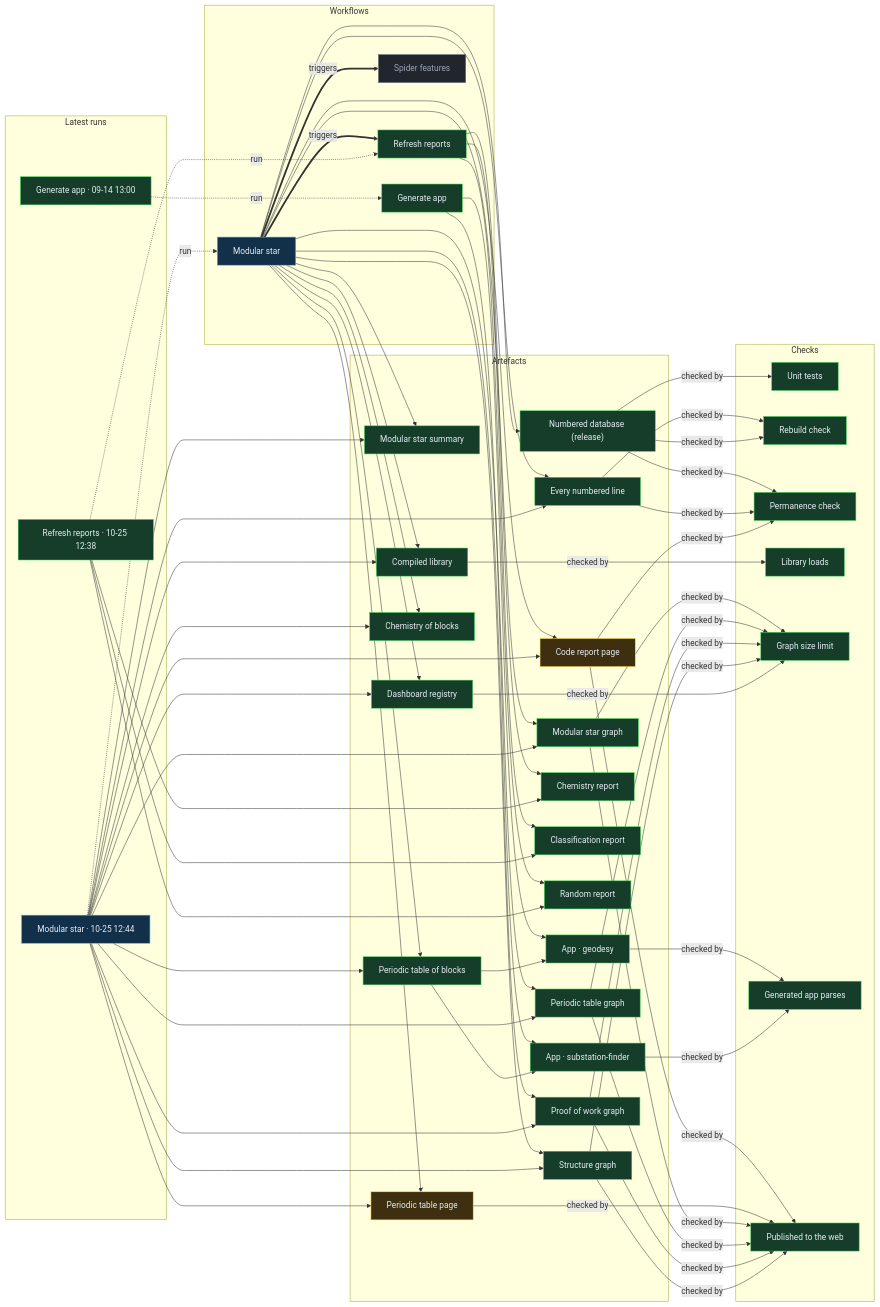
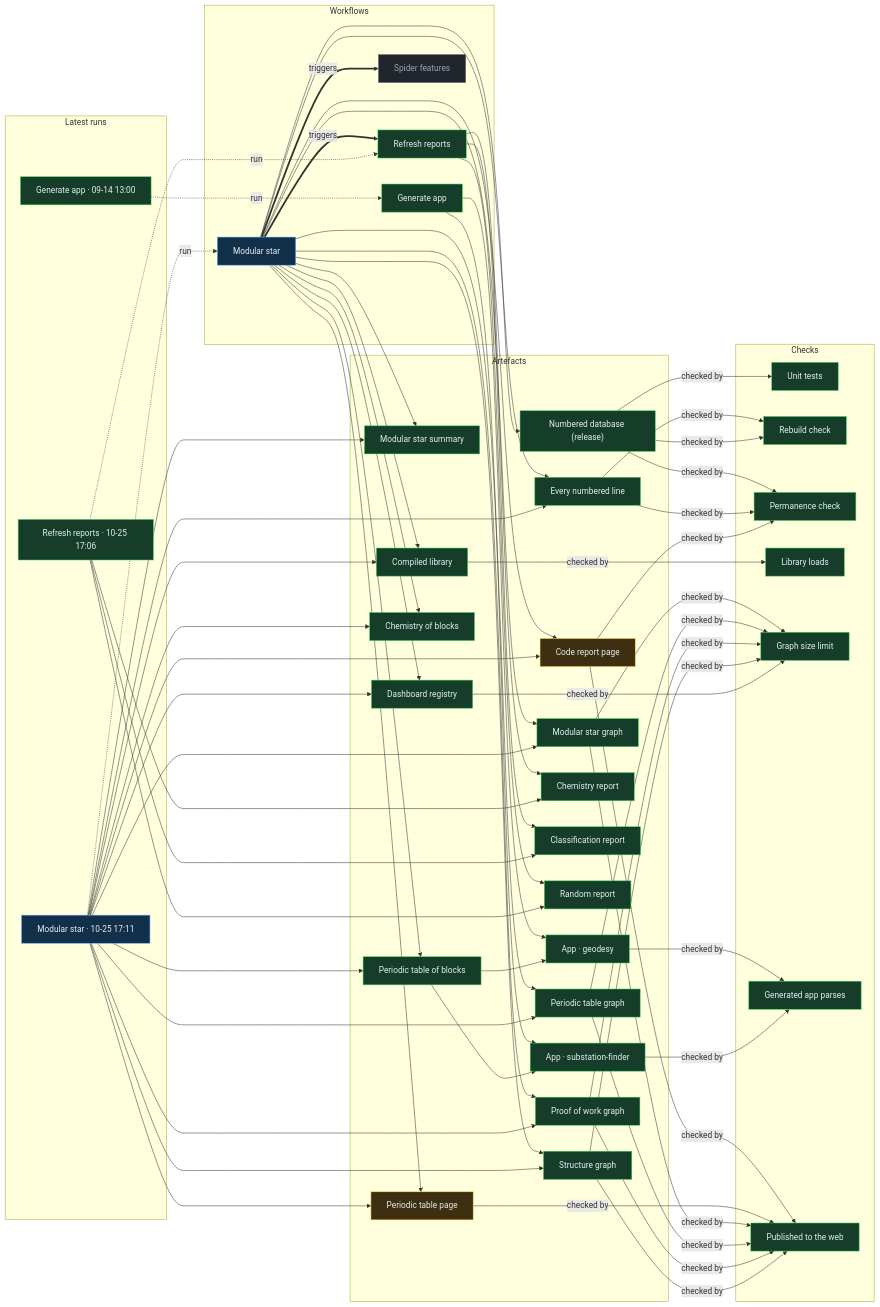
One commit to Ventusltd/stars changed the diagram in proof/PROOF.md. Above: the diagram before and after it, drawn with Mermaid. The commit also changed other lines of this file and 44 other files, not shown here.

Commit message:
Modular star 2026-10-25T17:14Z

```diff
--- a/proof/PROOF.md
+++ b/proof/PROOF.md
@@ -24,8 +24,8 @@
   n_wf_spider_features["Spider features"]:::off
   end
   subgraph g_runs["Latest runs"]
-  n_run_40194443832["Modular star · 10-25 12:44"]:::live
-  n_run_40194029682["Refresh reports · 10-25 12:38"]:::ok
+  n_run_40215291192["Modular star · 10-25 17:11"]:::live
+  n_run_40214862177["Refresh reports · 10-25 17:06"]:::ok
   n_run_34846587798["Generate app · 09-14 13:00"]:::ok
   end
   subgraph g_artefacts["Artefacts"]
@@ -59,39 +59,39 @@
   end
   n_wf_modular_star == triggers ==> n_wf_refresh
   n_wf_modular_star == triggers ==> n_wf_spider_features
-  n_run_40194443832 -. run .-> n_wf_modular_star
-  n_run_40194029682 -. run .-> n_wf_refresh
+  n_run_40215291192 -. run .-> n_wf_modular_star
+  n_run_40214862177 -. run .-> n_wf_refresh
   n_run_34846587798 -. run .-> n_wf_generate
   n_wf_modular_star --> n_art_summary
-  n_run_40194443832 --> n_art_summary
+  n_run_40215291192 --> n_art_summary
   n_wf_modular_star --> n_art_lines
-  n_run_40194443832 --> n_art_lines
+  n_run_40215291192 --> n_art_lines
   n_wf_modular_star --> n_art_code
-  n_run_40194443832 --> n_art_code
+  n_run_40215291192 --> n_art_code
   n_wf_modular_star --> n_art_modular_graph
-  n_run_40194443832 --> n_art_modular_graph
+  n_run_40215291192 --> n_art_modular_graph
   n_wf_modular_star --> n_art_blocks
-  n_run_40194443832 --> n_art_blocks
+  n_run_40215291192 --> n_art_blocks
   n_wf_modular_star --> n_art_table
-  n_run_40194443832 --> n_art_table
+  n_run_40215291192 --> n_art_table
   n_wf_modular_star --> n_art_blocks_graph
-  n_run_40194443832 --> n_art_blocks_graph
+  n_run_40215291192 --> n_art_blocks_graph
   n_wf_modular_star --> n_art_reactions
-  n_run_40194443832 --> n_art_reactions
+  n_run_40215291192 --> n_art_reactions
   n_wf_modular_star --> n_art_library
-  n_run_40194443832 --> n_art_library
+  n_run_40215291192 --> n_art_library
   n_wf_modular_star --> n_art_features
-  n_run_40194443832 --> n_art_features
+  n_run_40215291192 --> n_art_features
   n_wf_modular_star --> n_art_proof
-  n_run_40194443832 --> n_art_proof
+  n_run_40215291192 --> n_art_proof
   n_wf_modular_star --> n_art_structure
-  n_run_40194443832 --> n_art_structure
+  n_run_40215291192 --> n_art_structure
   n_wf_refresh --> n_art_chemistry
-  n_run_40194029682 --> n_art_chemistry
+  n_run_40214862177 --> n_art_chemistry
   n_wf_refresh --> n_art_vedic
-  n_run_40194029682 --> n_art_vedic
+  n_run_40214862177 --> n_art_vedic
   n_wf_refresh --> n_art_random
-  n_run_40194029682 --> n_art_random
+  n_run_40214862177 --> n_art_random
   n_wf_modular_star --> n_art_release
   n_wf_generate --> n_app_geodesy
   n_art_blocks --> n_app_geodesy
```
